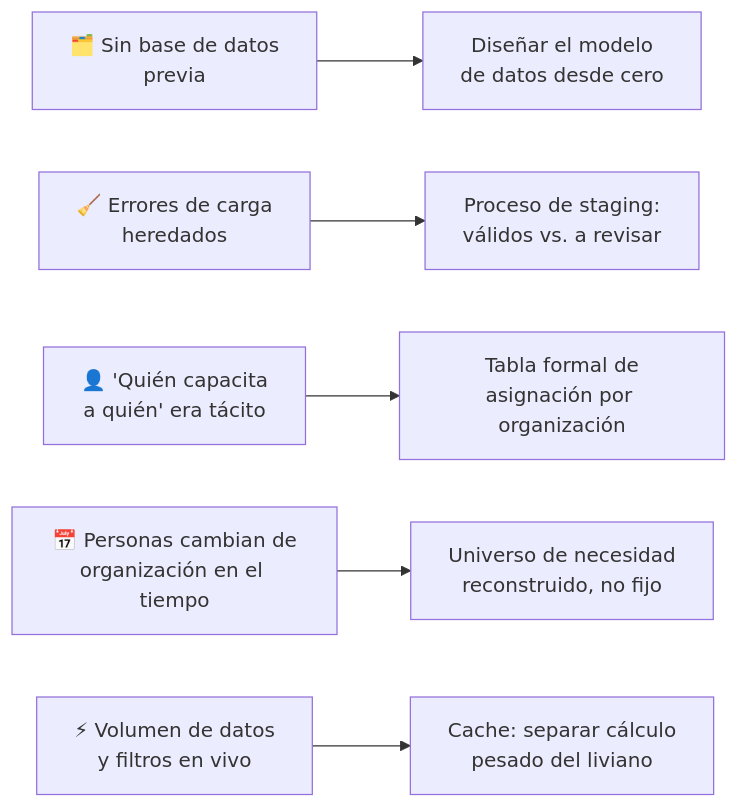
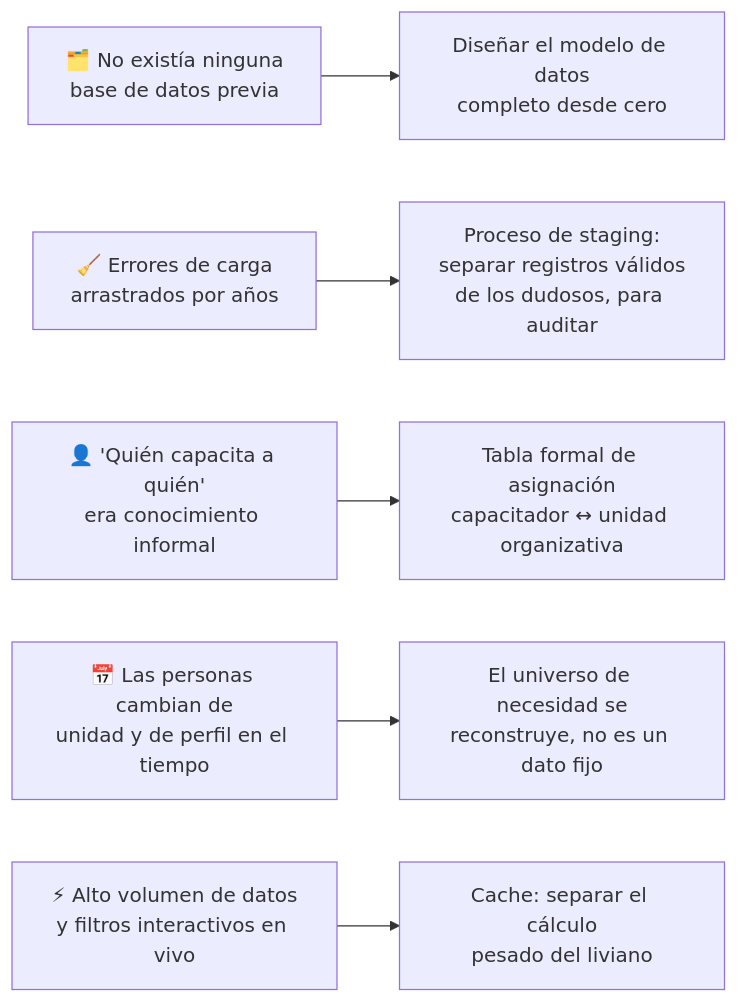
The third of 5 diagrams in charla-5-min/README.md (jminolli-e/case-studies), drawn with Mermaid before and after one commit. The commit also changed other lines of this file, not shown here.

````diff
--- a/charla-5-min/README.md
+++ b/charla-5-min/README.md
@@ -84,8 +105,8 @@
 ```mermaid
 flowchart LR
-    D1["🗂️ Sin base de datos<br/>previa"] --> S1["Diseñar el modelo<br/>de datos desde cero"]
-    D2["🧹 Errores de carga<br/>heredados"] --> S2["Proceso de staging:<br/>válidos vs. a revisar"]
-    D3["👤 'Quién capacita<br/>a quién' era tácito"] --> S3["Tabla formal de<br/>asignación por organización"]
-    D4["📅 Personas cambian de<br/>organización en el tiempo"] --> S4["Universo de necesidad<br/>reconstruido, no fijo"]
-    D5["⚡ Volumen de datos<br/>y filtros en vivo"] --> S5["Cache: separar cálculo<br/>pesado del liviano"]
+    D1["🗂️ No existía ninguna<br/>base de datos previa"] --> S1["Diseñar el modelo de datos<br/>completo desde cero"]
+    D2["🧹 Errores de carga<br/>arrastrados por años"] --> S2["Proceso de staging:<br/>separar registros válidos<br/>de los dudosos, para auditar"]
+    D3["👤 'Quién capacita a quién'<br/>era conocimiento informal"] --> S3["Tabla formal de asignación<br/>capacitador ↔ unidad organizativa"]
+    D4["📅 Las personas cambian de<br/>unidad y de perfil en el tiempo"] --> S4["El universo de necesidad se<br/>reconstruye, no es un dato fijo"]
+    D5["⚡ Alto volumen de datos<br/>y filtros interactivos en vivo"] --> S5["Cache: separar el cálculo<br/>pesado del liviano"]
 ```
````
